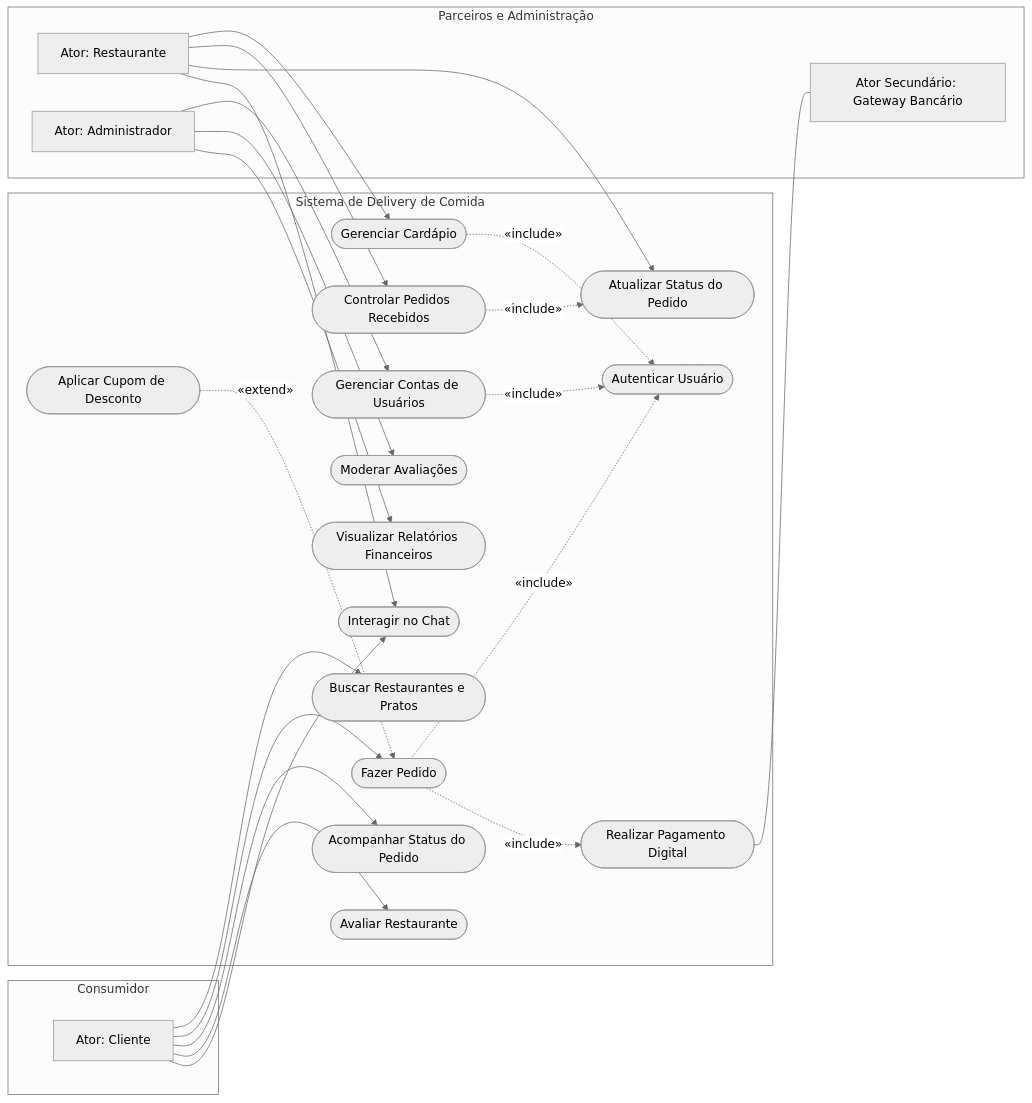
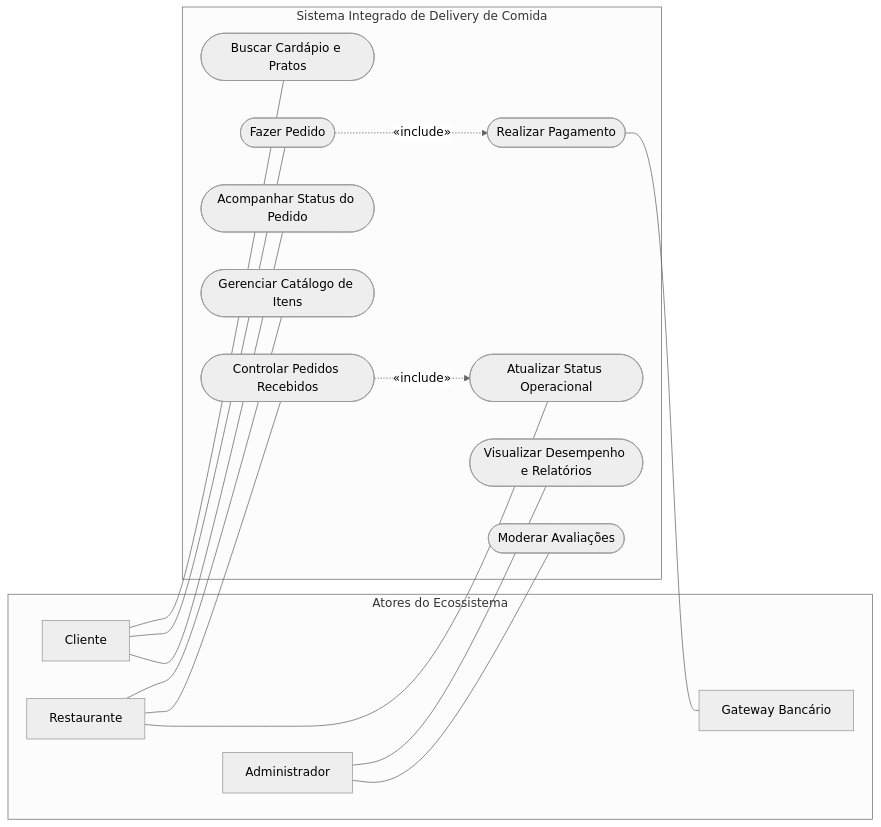
One commit to murilolol/unifef changed diagram 12 of 24 in 4º Semestre/[Prof. Wesley Soares] Engenharia de Software II/Resumos-IA/Simulados-Comentados.md. Above: the diagram before and after it, drawn with Mermaid (neutral theme). The commit also changed other lines of this file and 10 other files, not shown here.

````diff
--- a/4º Semestre/[Prof. Wesley Soares] Engenharia de Software II/Resumos-IA/Simulados-Comentados.md
+++ b/4º Semestre/[Prof. Wesley Soares] Engenharia de Software II/Resumos-IA/Simulados-Comentados.md
@@ -425,56 +683,36 @@
 ```mermaid
 flowchart LR
- subgraph AtoresClientes["Consumidor"]
- Cliente["Ator: Cliente"]
- end
+    subgraph AtoresNegocio["Atores do Ecossistema"]
+        Cliente["Cliente"]
+        Restaurante["Restaurante"]
+        Admin["Administrador"]
+        Gateway["Gateway Bancário"]
+    end
 
- subgraph FronteiraDelivery["Sistema de Delivery de Comida"]
- UC1(["Buscar Restaurantes e Pratos"])
- UC2(["Fazer Pedido"])
- UC3(["Acompanhar Status do Pedido"])
- UC4(["Avaliar Restaurante"])
- UC5(["Realizar Pagamento Digital"])
- UC6(["Interagir no Chat"])
- UC7(["Aplicar Cupom de Desconto"])
- 
- UC8(["Gerenciar Cardápio"])
- UC9(["Controlar Pedidos Recebidos"])
- UC10(["Atualizar Status do Pedido"])
- 
- UC11(["Autenticar Usuário"])
- UC12(["Gerenciar Contas de Usuários"])
- UC13(["Moderar Avaliações"])
- UC14(["Visualizar Relatórios Financeiros"])
- end
+    subgraph SistemaDelivery["Sistema Integrado de Delivery de Comida"]
+        UC01(["Buscar Cardápio e Pratos"])
+        UC02(["Fazer Pedido"])
+        UC03(["Acompanhar Status do Pedido"])
+        UC04(["Realizar Pagamento"])
+        UC05(["Gerenciar Catálogo de Itens"])
+        UC06(["Controlar Pedidos Recebidos"])
+        UC07(["Atualizar Status Operacional"])
+        UC08(["Visualizar Desempenho e Relatórios"])
+        UC09(["Moderar Avaliações"])
+    end
 
- subgraph AtoresGestao["Parceiros e Administração"]
- Restaurante["Ator: Restaurante"]
- Admin["Ator: Administrador"]
- Gateway["Ator Secundário: Gateway Bancário"]
- end
+    Cliente --- UC01
+    Cliente --- UC02
+    Cliente --- UC03
 
- Cliente --> UC1
- Cliente --> UC2
- Cliente --> UC3
- Cliente --> UC4
- Cliente --> UC6
+    Restaurante --- UC05
+    Restaurante --- UC06
+    Restaurante --- UC07
 
- Restaurante --> UC8
- Restaurante --> UC9
- Restaurante --> UC10
- Restaurante --> UC6
+    Admin --- UC08
+    Admin --- UC09
 
- Admin --> UC12
- Admin --> UC13
- Admin --> UC14
-
- UC2 -.->|"«include»"| UC11
- UC8 -.->|"«include»"| UC11
- UC12 -.->|"«include»"| UC11
- 
- UC2 -.->|"«include»"| UC5
- UC5 --- Gateway
- 
- UC7 -.->|"«extend»"| UC2
- UC9 -.->|"«include»"| UC10
+    UC02 -.->|"«include»"| UC04
+    UC04 --- Gateway
+    UC06 -.->|"«include»"| UC07
 ```
````
